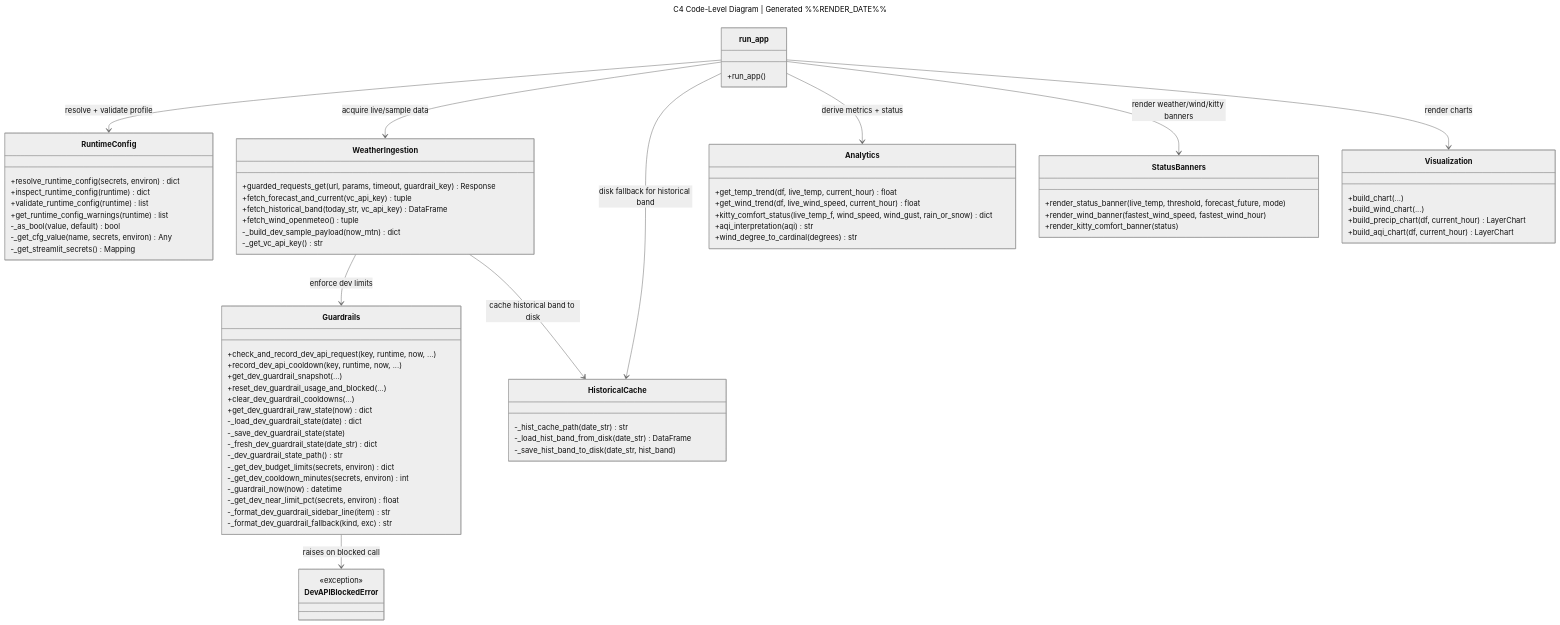
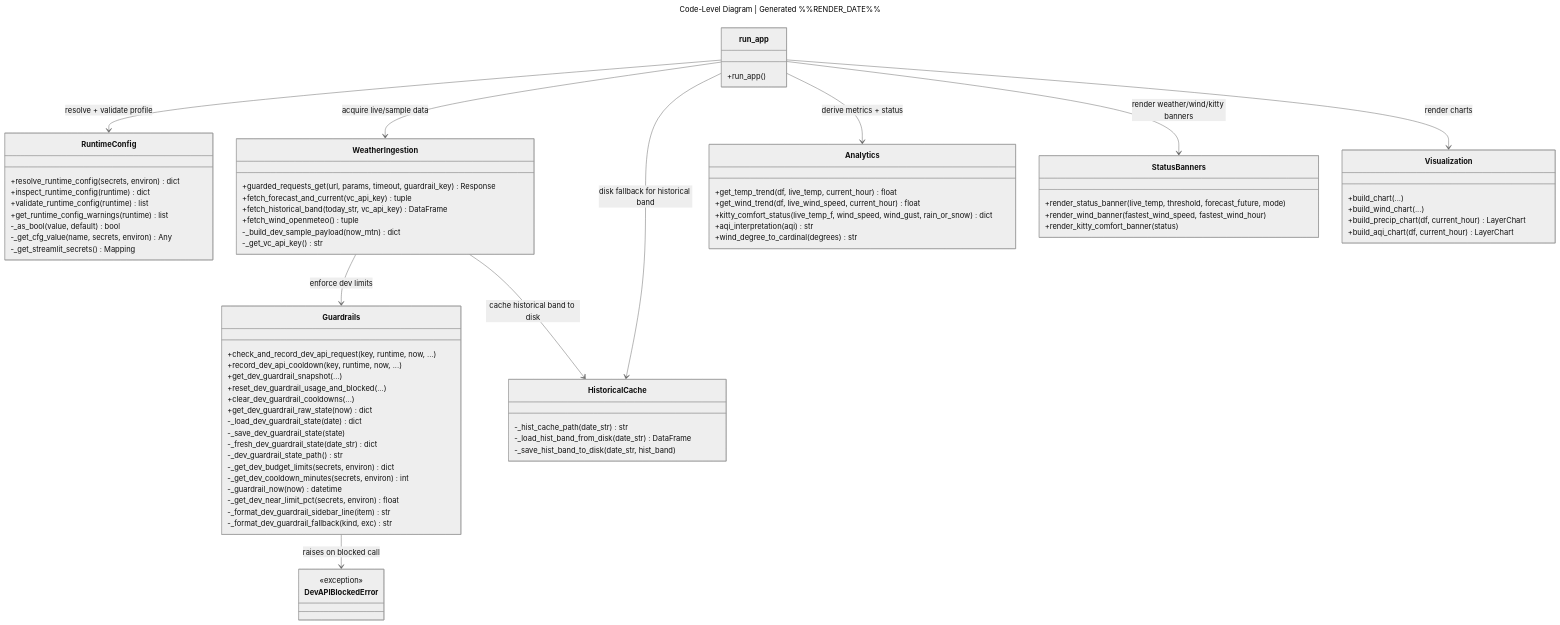
Before and after one commit to RobinWikoff/the-farm-monitor: the diagram in docs/c4/c4-code-level-diagram.md, drawn with Mermaid (neutral theme). The commit also changed 30 other files, not shown here.

First line of the commit message:
Add diagram standards: DM Sans font, two-line header, A4 sizing

````diff
--- a/docs/c4/c4-code-level-diagram.md
+++ b/docs/c4/c4-code-level-diagram.md
@@ -9,6 +9,6 @@
 ```mermaid
 ---
-title: C4 Code-Level Diagram | Generated %%RENDER_DATE%%
+title: "Code-Level Diagram | Generated %%RENDER_DATE%%"
 ---
 classDiagram
     class run_app {
````
